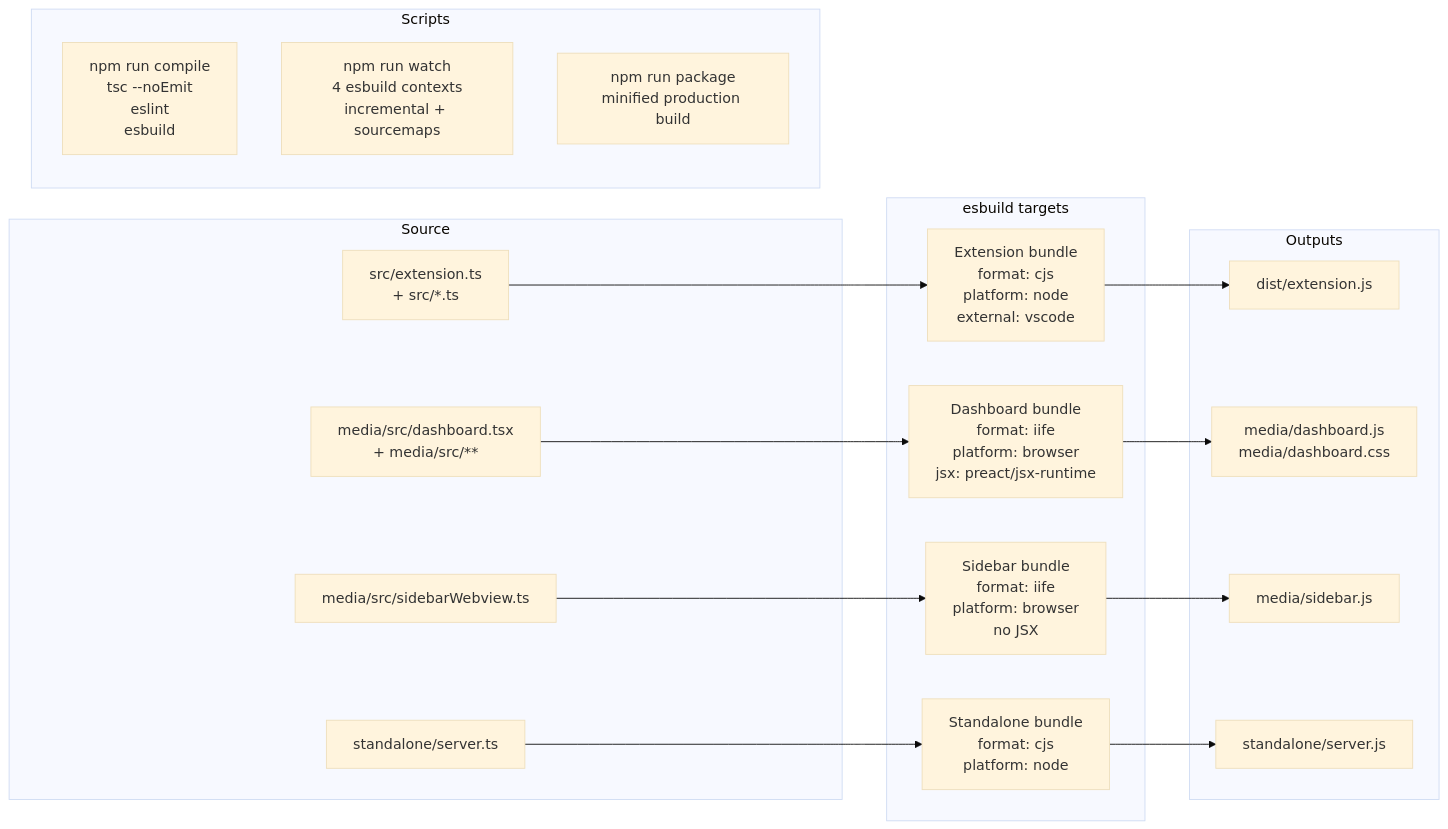
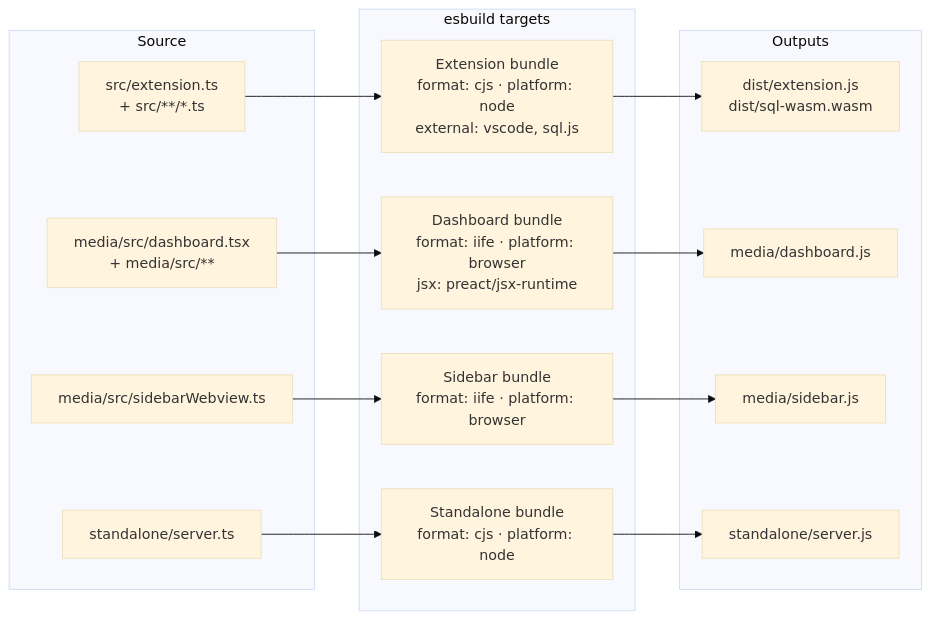
Before and after one commit to RogerReed/agentlens: diagram 17 of 18 in ARCHITECTURE.md, drawn with Mermaid (base theme). The commit also changed other lines of this file, not shown here.

Commit message:
docs: rewrite ARCHITECTURE.md for phases 1–4 (SQLite storage, analytics, tab changes)

````diff
--- a/ARCHITECTURE.md
+++ b/ARCHITECTURE.md
@@ -496,34 +693,28 @@
 ```mermaid
 graph LR
     subgraph Source
-        SRC_EXT[src/extension.ts\n+ src/*.ts]
-        SRC_DASH[media/src/dashboard.tsx\n+ media/src/**]
+        SRC_EXT[src/extension.ts<br/>+ src/**/*.ts]
+        SRC_DASH[media/src/dashboard.tsx<br/>+ media/src/**]
         SRC_SB[media/src/sidebarWebview.ts]
         SRC_SA[standalone/server.ts]
     end
 
     subgraph esbuild targets
-        B1[Extension bundle\nformat: cjs\nplatform: node\nexternal: vscode]
-        B2[Dashboard bundle\nformat: iife\nplatform: browser\njsx: preact/jsx-runtime]
-        B3[Sidebar bundle\nformat: iife\nplatform: browser\nno JSX]
-        B4[Standalone bundle\nformat: cjs\nplatform: node]
+        B1[Extension bundle<br/>format: cjs · platform: node<br/>external: vscode, sql.js]
+        B2[Dashboard bundle<br/>format: iife · platform: browser<br/>jsx: preact/jsx-runtime]
+        B3[Sidebar bundle<br/>format: iife · platform: browser]
+        B4[Standalone bundle<br/>format: cjs · platform: node]
     end
 
     subgraph Outputs
-        O1[dist/extension.js]
-        O2[media/dashboard.js\nmedia/dashboard.css]
+        O1[dist/extension.js<br/>dist/sql-wasm.wasm]
+        O2[media/dashboard.js]
         O3[media/sidebar.js]
         O4[standalone/server.js]
     end
 
     SRC_EXT --> B1 --> O1
     SRC_DASH --> B2 --> O2
     SRC_SB --> B3 --> O3
     SRC_SA --> B4 --> O4
-
-    subgraph Scripts
-        S1["npm run compile\ntsc --noEmit\neslint\nesbuild"]
-        S2["npm run watch\n4 esbuild contexts\nincremental + sourcemaps"]
-        S3["npm run package\nminified production build"]
-    end
 ```
````
